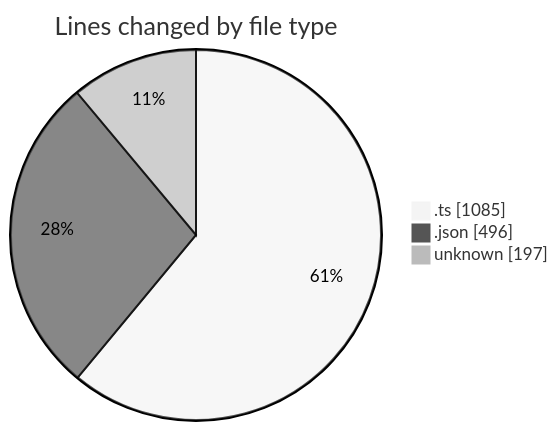
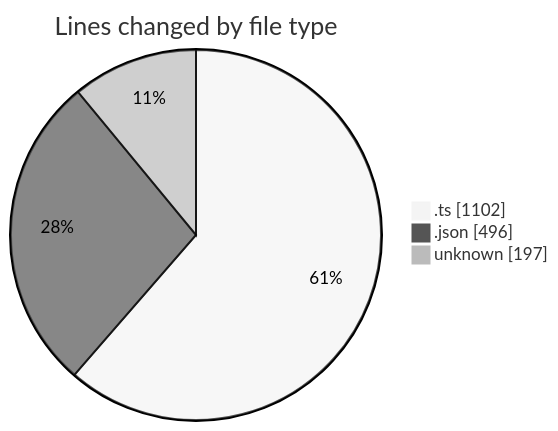
Before and after one commit to EIIisD/code-tracking: the first of 2 diagrams in 2025-08-24/chatgpt-extension/README.md, drawn with Mermaid (neutral theme). The commit also changed other lines of this file and 1 other file, not shown here.

````diff
--- a/2025-08-24/chatgpt-extension/README.md
+++ b/2025-08-24/chatgpt-extension/README.md
@@ -24,7 +24,7 @@
 ```mermaid
 pie showData
 title Lines changed by file type
-".ts" : 1085
+".ts" : 1102
 ".json" : 496
 "unknown" : 197
 ```
````
